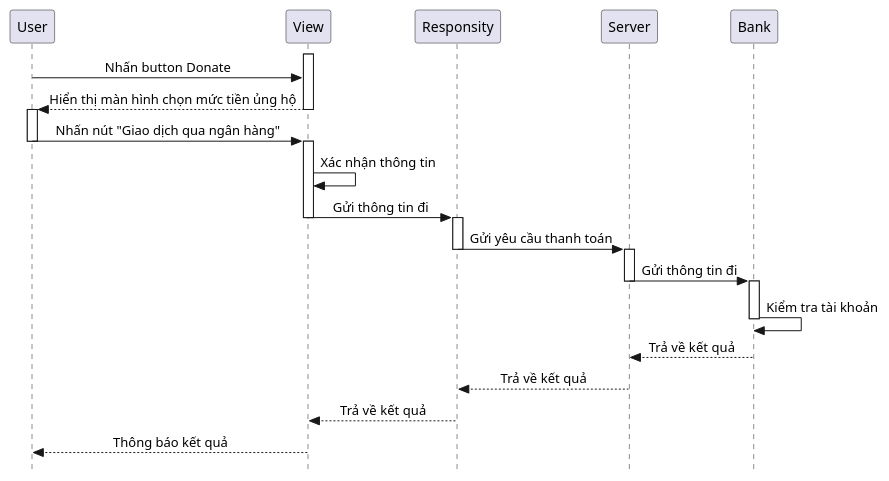
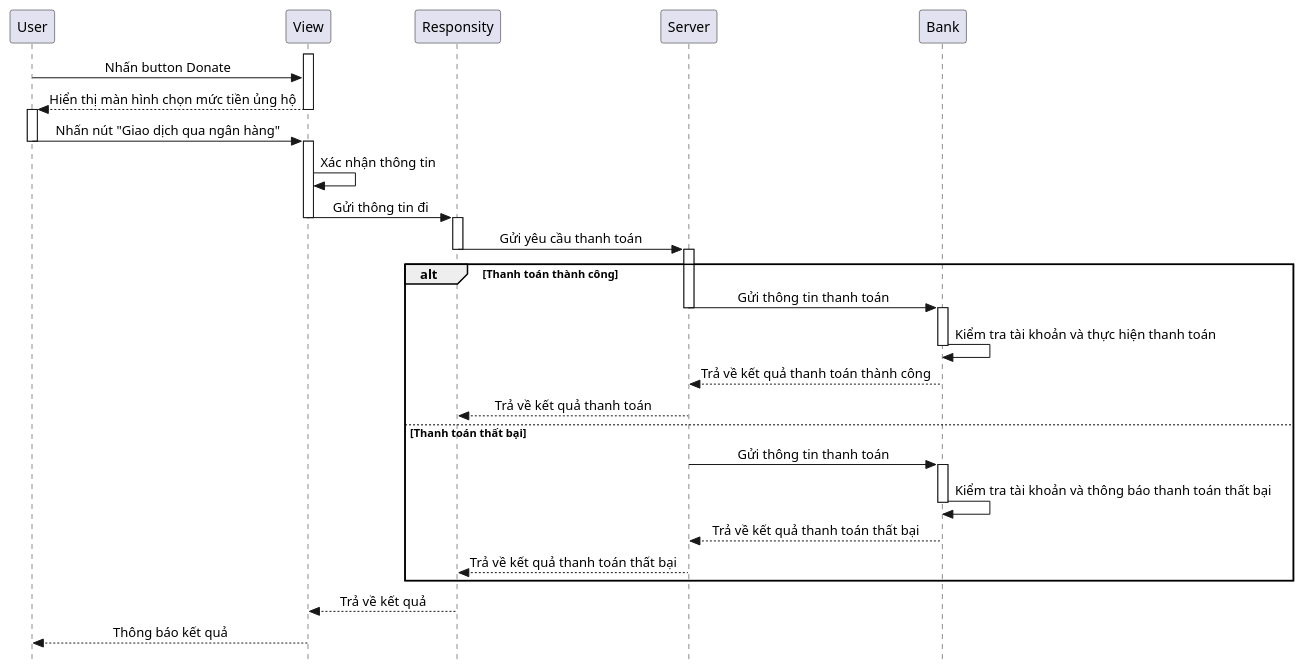
One commit to HiimDucManh/SE357-Pratice-class changed the diagram in Lab1/Lab1.2/Donate/Donate_Seq.puml. Above: the diagram before and after it, drawn with PlantUML. The commit also changed 6 other files, not shown here.

```diff
--- a/Lab1/Lab1.2/Donate/Donate_Seq.puml
+++ b/Lab1/Lab1.2/Donate/Donate_Seq.puml
@@ -1,42 +1,57 @@
 @startuml DonateSequence
 skinparam style strictuml
 skinparam SequenceMessageAlignment center
 
 participant User
 participant View
 participant Responsity
 participant Server
 participant Bank
 
 activate View
 User -> View: Nhấn button Donate
 View --> User: Hiển thị màn hình chọn mức tiền ủng hộ
 deactivate View
 
 activate User
 User -> View: Nhấn nút "Giao dịch qua ngân hàng"
 deactivate User
 
 activate View
 View -> View: Xác nhận thông tin
 View -> Responsity: Gửi thông tin đi
 deactivate View
 
 activate Responsity
 Responsity -> Server: Gửi yêu cầu thanh toán
 deactivate Responsity
 
 activate Server
-Server -> Bank: Gửi thông tin đi
-deactivate Server 
+alt Thanh toán thành công
+    Server -> Bank: Gửi thông tin thanh toán
+    deactivate Server
 
-activate Bank
-Bank -> Bank: Kiểm tra tài khoản
-deactivate Bank 
+    activate Bank
+    Bank -> Bank: Kiểm tra tài khoản và thực hiện thanh toán
+    deactivate Bank
 
-Bank --> Server: Trả về kết quả
-Server --> Responsity: Trả về kết quả
+    Bank --> Server: Trả về kết quả thanh toán thành công
+    Server --> Responsity: Trả về kết quả thanh toán
+else Thanh toán thất bại
+    Server -> Bank: Gửi thông tin thanh toán
+    deactivate Server
+
+    activate Bank
+    Bank -> Bank: Kiểm tra tài khoản và thông báo thanh toán thất bại
+    deactivate Bank
+
+    Bank --> Server: Trả về kết quả thanh toán thất bại
+    Server --> Responsity: Trả về kết quả thanh toán thất bại
+end
+
+deactivate Responsity
+
 Responsity --> View: Trả về kết quả
 View --> User: Thông báo kết quả
 
 @enduml
```
